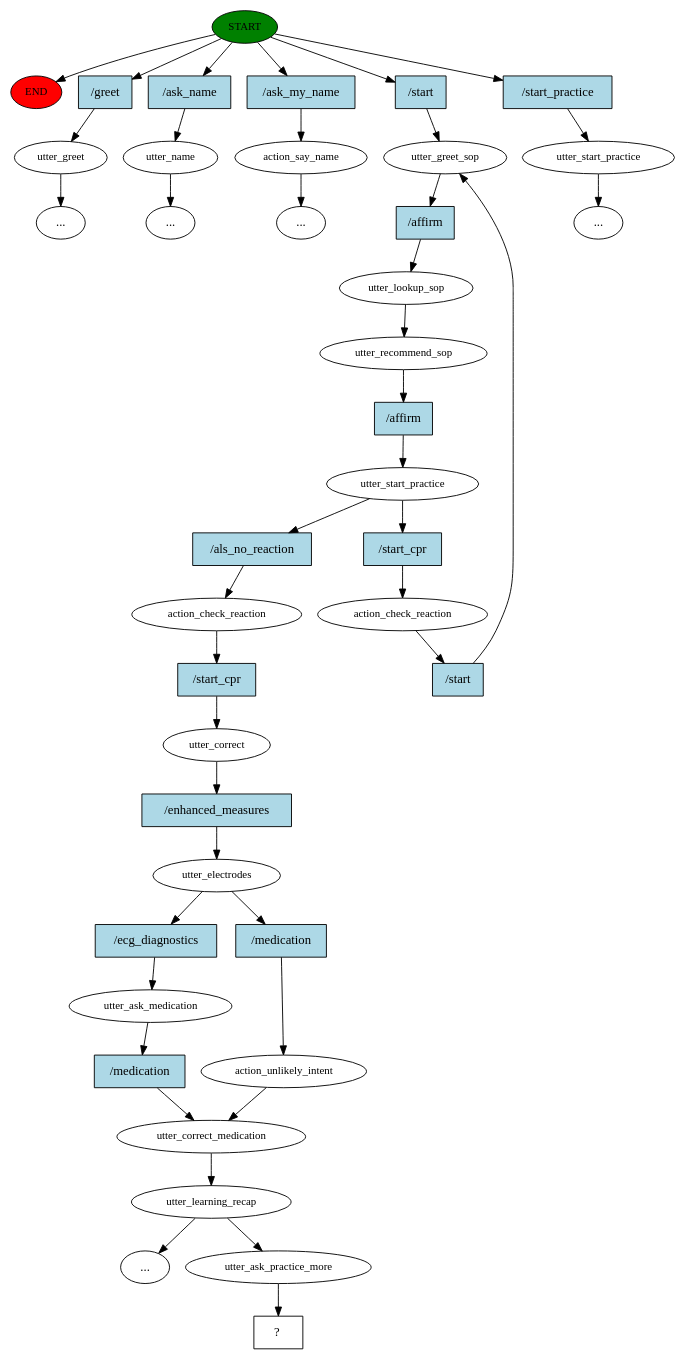
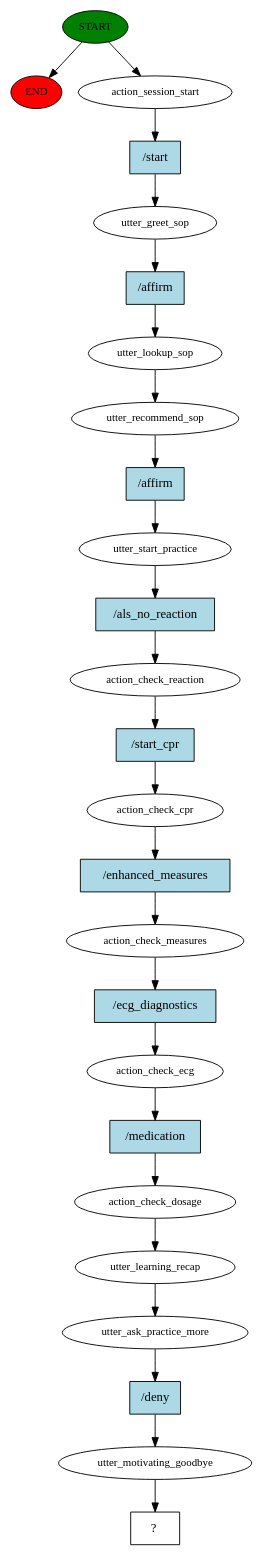
The diagram in story_graph.dot (bas1to/proactive-rasa-chatbot), drawn with Graphviz before and after one commit. The commit also changed 31 other files, not shown here.

```diff
--- a/story_graph.dot
+++ b/story_graph.dot
@@ -1,83 +1,51 @@
 digraph  {
 0 [class="start active", fillcolor=green, fontsize=12, label=START, style=filled];
 "-1" [class=end, fillcolor=red, fontsize=12, label=END, style=filled];
-1 [class="", fontsize=12, label=utter_greet];
-"-5" [class=ellipsis, label="..."];
-4 [class="", fontsize=12, label=utter_name];
-"-6" [class=ellipsis, label="..."];
-5 [class="", fontsize=12, label=action_say_name];
-"-7" [class=ellipsis, label="..."];
-6 [class=active, fontsize=12, label=utter_greet_sop];
-7 [class=active, fontsize=12, label=utter_lookup_sop];
-8 [class=active, fontsize=12, label=utter_recommend_sop];
-9 [class=active, fontsize=12, label=utter_start_practice];
-10 [class=active, fontsize=12, label=action_check_reaction];
-11 [class=active, fontsize=12, label=utter_correct];
-12 [class=active, fontsize=12, label=utter_electrodes];
-13 [class="", fontsize=12, label=utter_ask_medication];
-14 [class=active, fontsize=12, label=utter_correct_medication];
-15 [class=active, fontsize=12, label=utter_learning_recap];
-"-8" [class=ellipsis, label="..."];
-16 [class="", fontsize=12, label=utter_start_practice];
-"-9" [class=ellipsis, label="..."];
-21 [class=active, fontsize=12, label=action_check_reaction];
-29 [class=active, fontsize=12, label=action_unlikely_intent];
-32 [class=active, fontsize=12, label=utter_ask_practice_more];
-33 [class="intent dashed active", label="  ?  ", shape=rect];
-34 [class=intent, fillcolor=lightblue, label="/greet", shape=rect, style=filled];
-35 [class=intent, fillcolor=lightblue, label="/ask_name", shape=rect, style=filled];
-36 [class=intent, fillcolor=lightblue, label="/ask_my_name", shape=rect, style=filled];
-37 [class="intent active", fillcolor=lightblue, label="/start", shape=rect, style=filled];
-38 [class=intent, fillcolor=lightblue, label="/start_practice", shape=rect, style=filled];
-39 [class="intent active", fillcolor=lightblue, label="/affirm", shape=rect, style=filled];
-40 [class="intent active", fillcolor=lightblue, label="/affirm", shape=rect, style=filled];
-41 [class="intent active", fillcolor=lightblue, label="/als_no_reaction", shape=rect, style=filled];
-42 [class="intent active", fillcolor=lightblue, label="/start_cpr", shape=rect, style=filled];
-43 [class="intent active", fillcolor=lightblue, label="/start_cpr", shape=rect, style=filled];
-44 [class="intent active", fillcolor=lightblue, label="/enhanced_measures", shape=rect, style=filled];
-45 [class=intent, fillcolor=lightblue, label="/ecg_diagnostics", shape=rect, style=filled];
-46 [class="intent active", fillcolor=lightblue, label="/medication", shape=rect, style=filled];
-47 [class=intent, fillcolor=lightblue, label="/medication", shape=rect, style=filled];
-48 [class="intent active", fillcolor=lightblue, label="/start", shape=rect, style=filled];
+1 [class=active, fontsize=12, label=action_session_start];
+2 [class=active, fontsize=12, label=utter_greet_sop];
+3 [class=active, fontsize=12, label=utter_lookup_sop];
+4 [class=active, fontsize=12, label=utter_recommend_sop];
+5 [class=active, fontsize=12, label=utter_start_practice];
+6 [class=active, fontsize=12, label=action_check_reaction];
+7 [class=active, fontsize=12, label=action_check_cpr];
+8 [class=active, fontsize=12, label=action_check_measures];
+9 [class=active, fontsize=12, label=action_check_ecg];
+10 [class=active, fontsize=12, label=action_check_dosage];
+11 [class=active, fontsize=12, label=utter_learning_recap];
+12 [class=active, fontsize=12, label=utter_ask_practice_more];
+13 [class=active, fontsize=12, label=utter_motivating_goodbye];
+14 [class="intent dashed active", label="  ?  ", shape=rect];
+15 [class="intent active", fillcolor=lightblue, label="/start", shape=rect, style=filled];
+16 [class="intent active", fillcolor=lightblue, label="/affirm", shape=rect, style=filled];
+17 [class="intent active", fillcolor=lightblue, label="/affirm", shape=rect, style=filled];
+18 [class="intent active", fillcolor=lightblue, label="/als_no_reaction", shape=rect, style=filled];
+19 [class="intent active", fillcolor=lightblue, label="/start_cpr", shape=rect, style=filled];
+20 [class="intent active", fillcolor=lightblue, label="/enhanced_measures", shape=rect, style=filled];
+21 [class="intent active", fillcolor=lightblue, label="/ecg_diagnostics", shape=rect, style=filled];
+22 [class="intent active", fillcolor=lightblue, label="/medication", shape=rect, style=filled];
+23 [class="intent active", fillcolor=lightblue, label="/deny", shape=rect, style=filled];
 0 -> "-1"  [class="", key=NONE, label=""];
-0 -> 34  [class="", key=0];
-0 -> 35  [class="", key=0];
-0 -> 36  [class="", key=0];
-0 -> 37  [class=active, key=0];
-0 -> 38  [class="", key=0];
-1 -> "-5"  [class="", key=NONE, label=""];
-4 -> "-6"  [class="", key=NONE, label=""];
-5 -> "-7"  [class="", key=NONE, label=""];
-6 -> 39  [class=active, key=0];
-7 -> 8  [class=active, key=NONE, label=""];
-8 -> 40  [class=active, key=0];
-9 -> 41  [class=active, key=0];
-9 -> 42  [class=active, key=0];
-10 -> 43  [class=active, key=0];
-11 -> 44  [class=active, key=0];
-12 -> 45  [class="", key=0];
-12 -> 46  [class=active, key=0];
-13 -> 47  [class="", key=0];
-14 -> 15  [class=active, key=NONE, label=""];
-15 -> "-8"  [class="", key=NONE, label=""];
-15 -> 32  [class=active, key=NONE, label=""];
-16 -> "-9"  [class="", key=NONE, label=""];
-21 -> 48  [class=active, key=0];
-29 -> 14  [class=active, key=NONE, label=""];
-32 -> 33  [class=active, key=NONE, label=""];
-34 -> 1  [class="", key=0];
-35 -> 4  [class="", key=0];
-36 -> 5  [class="", key=0];
-37 -> 6  [class=active, key=0];
-38 -> 16  [class="", key=0];
-39 -> 7  [class=active, key=0];
-40 -> 9  [class=active, key=0];
-41 -> 10  [class=active, key=0];
-42 -> 21  [class=active, key=0];
-43 -> 11  [class=active, key=0];
-44 -> 12  [class=active, key=0];
-45 -> 13  [class="", key=0];
-46 -> 29  [class=active, key=0];
-47 -> 14  [class="", key=0];
-48 -> 6  [class=active, key=0];
+0 -> 1  [class=active, key=NONE, label=""];
+1 -> 15  [class=active, key=0];
+2 -> 16  [class=active, key=0];
+3 -> 4  [class=active, key=NONE, label=""];
+4 -> 17  [class=active, key=0];
+5 -> 18  [class=active, key=0];
+6 -> 19  [class=active, key=0];
+7 -> 20  [class=active, key=0];
+8 -> 21  [class=active, key=0];
+9 -> 22  [class=active, key=0];
+10 -> 11  [class=active, key=NONE, label=""];
+11 -> 12  [class=active, key=NONE, label=""];
+12 -> 23  [class=active, key=0];
+13 -> 14  [class=active, key=NONE, label=""];
+15 -> 2  [class=active, key=0];
+16 -> 3  [class=active, key=0];
+17 -> 5  [class=active, key=0];
+18 -> 6  [class=active, key=0];
+19 -> 7  [class=active, key=0];
+20 -> 8  [class=active, key=0];
+21 -> 9  [class=active, key=0];
+22 -> 10  [class=active, key=0];
+23 -> 13  [class=active, key=0];
 }
```
